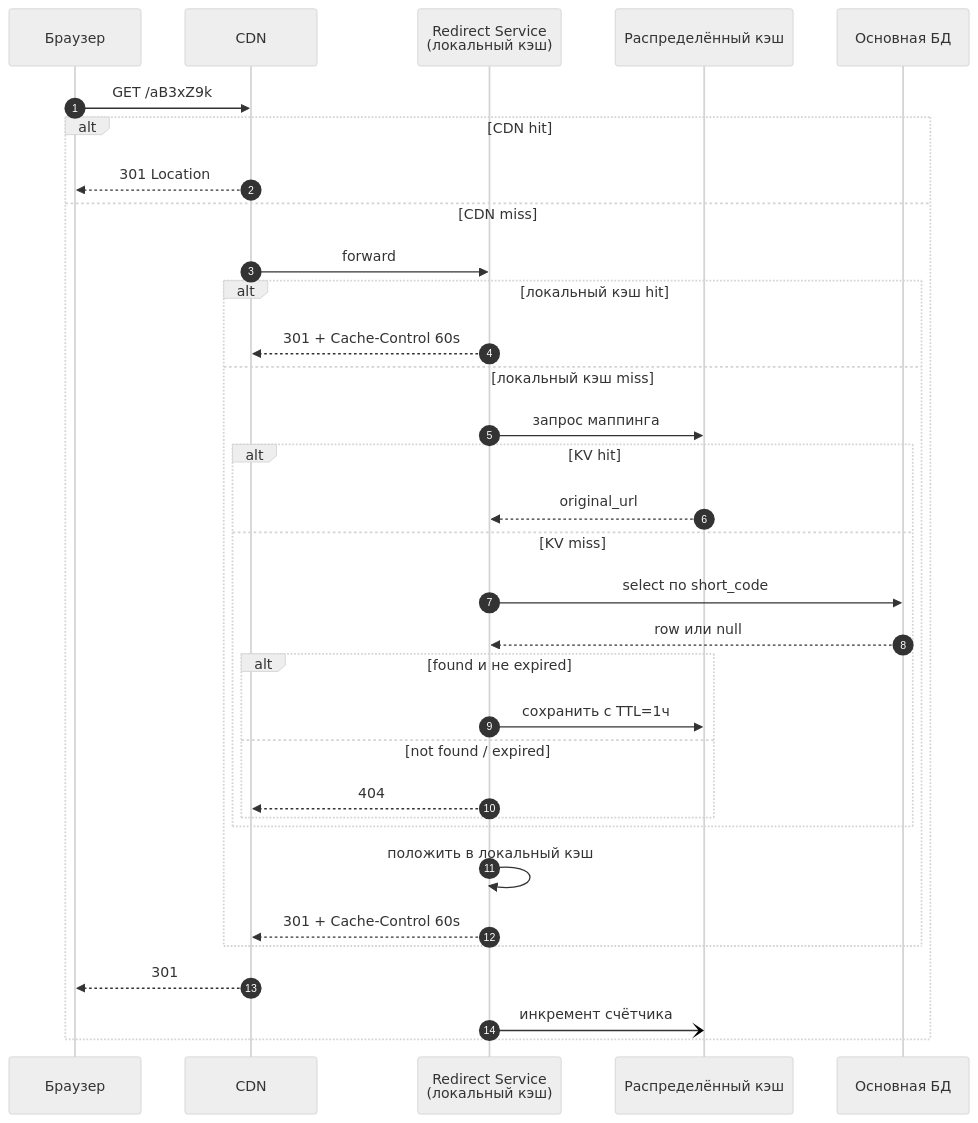
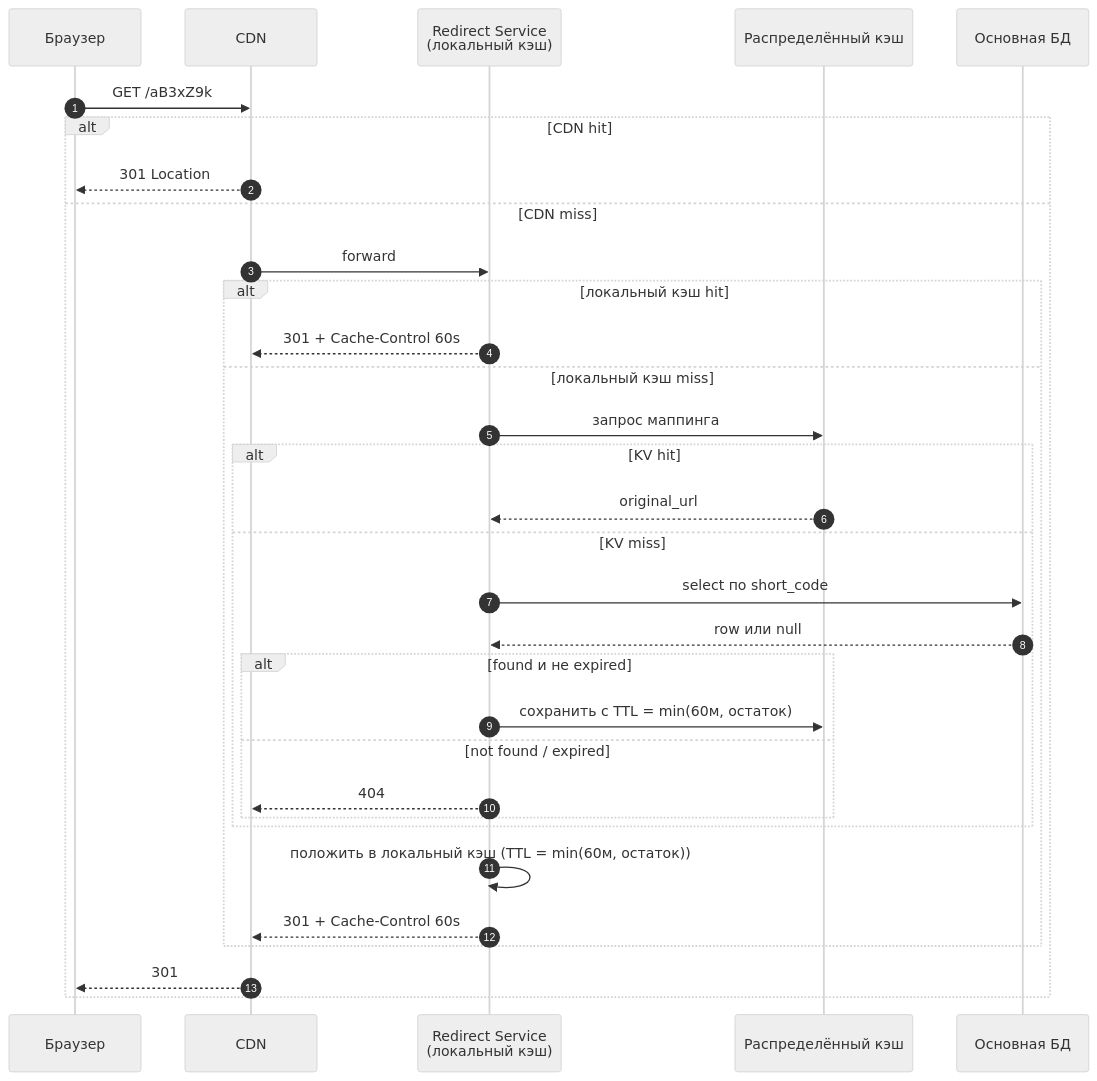
One commit to f1yToMoon/url_shortener changed the fifth of 9 diagrams in README.md. Above: the diagram before and after it, drawn with Mermaid (neutral theme). The commit also changed other lines of this file, not shown here.

````diff
--- a/README.md
+++ b/README.md
@@ -356,36 +371,35 @@
 ```mermaid
 sequenceDiagram
   autonumber
   participant U as Браузер
   participant CDN as CDN
   participant R as Redirect Service<br/>(локальный кэш)
   participant KV as Распределённый кэш
   participant DB as Основная БД
 
   U->>CDN: GET /aB3xZ9k
   alt CDN hit
     CDN-->>U: 301 Location
   else CDN miss
     CDN->>R: forward
     alt локальный кэш hit
       R-->>CDN: 301 + Cache-Control 60s
     else локальный кэш miss
       R->>KV: запрос маппинга
       alt KV hit
         KV-->>R: original_url
       else KV miss
         R->>DB: select по short_code
         DB-->>R: row или null
         alt found и не expired
-          R->>KV: сохранить с TTL=1ч
+          R->>KV: сохранить с TTL = min(60м, остаток)
         else not found / expired
           R-->>CDN: 404
         end
       end
-      R->>R: положить в локальный кэш
+      R->>R: положить в локальный кэш (TTL = min(60м, остаток))
       R-->>CDN: 301 + Cache-Control 60s
     end
     CDN-->>U: 301
-    R-)KV: инкремент счётчика
   end
 ```
````
